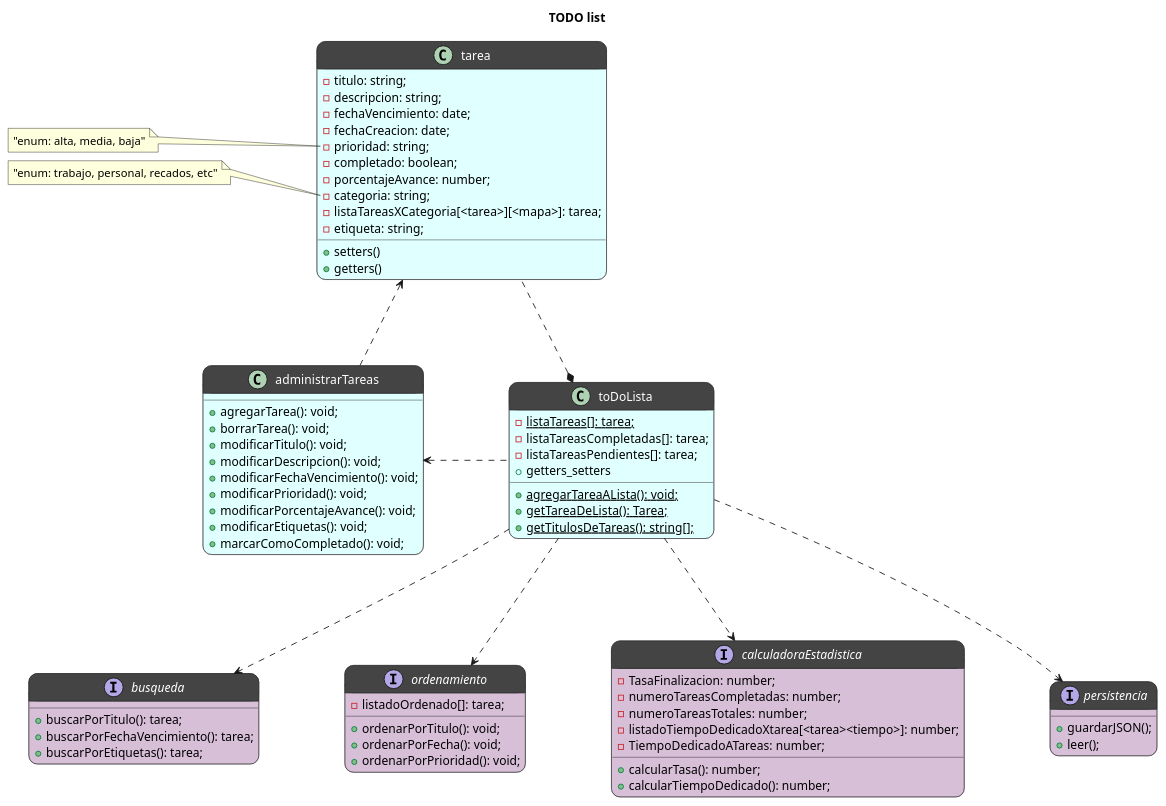
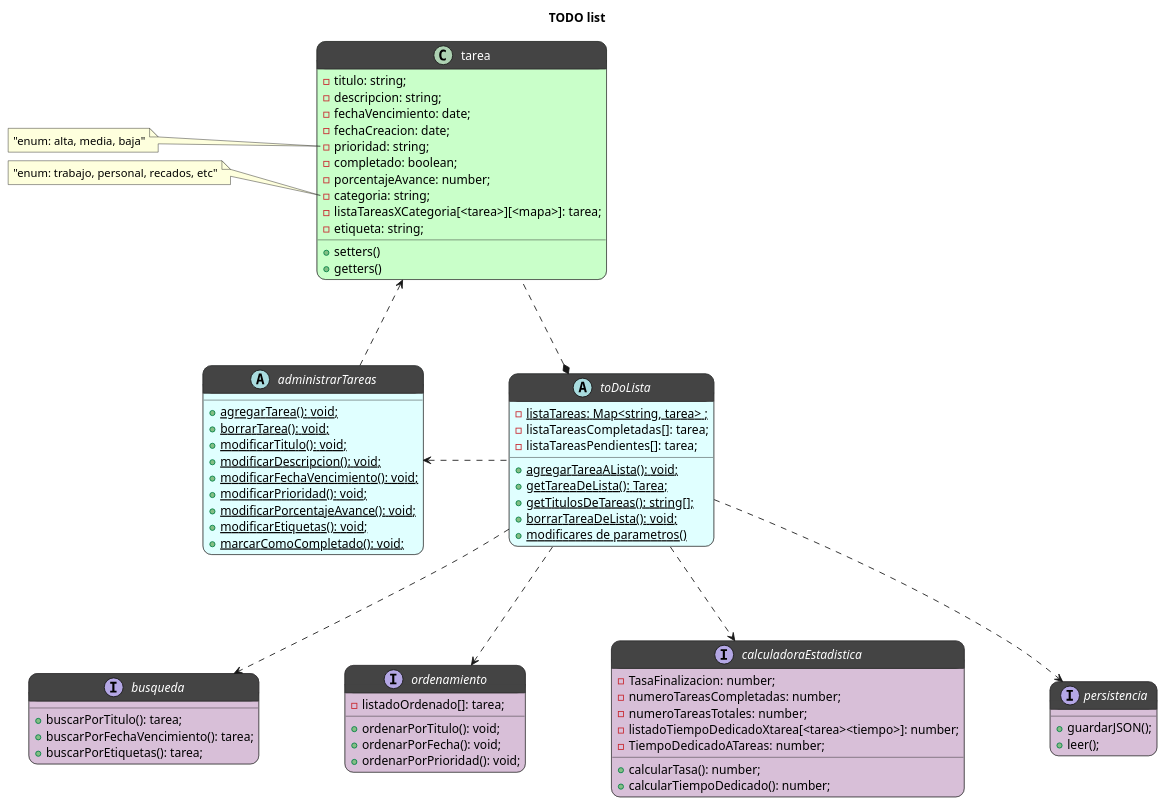
One commit to FrancoLuduena-dev/To-DO-list changed the diagram in docs/diagrama.puml. Above: the diagram before and after it, drawn with PlantUML. The commit also changed 3 other files, not shown here.

Commit message:
actualizacion de diagrama, agregado borrar tarea en administrar tareas

```diff
--- a/docs/diagrama.puml
+++ b/docs/diagrama.puml
@@ -1,111 +1,120 @@
 @startuml diagrama clases
 title TODO list
 
-class toDoLista #LightCyan;header:444{
-    - {static} listaTareas[]: tarea;
+abstract class toDoLista #LightCyan;header:444{
+    - {static} listaTareas: Map<string, tarea> ;
     - listaTareasCompletadas[]: tarea;
     - listaTareasPendientes[]: tarea;
-    + getters_setters
     + {static} agregarTareaALista(): void;
     + {static} getTareaDeLista(): Tarea;
     + {static} getTitulosDeTareas(): string[];
+    + {static} borrarTareaDeLista(): void;
+    + {static} modificares de parametros()
 }
 
 
-class tarea #LightCyan;header:444{
+class tarea #TECHNOLOGY;header:444{
     - titulo: string;
     - descripcion: string;
     - fechaVencimiento: date;
     ' lo cambie a "date" que es un tipo de objeto de javascript que funciona en typescript y deja poner fechas de una.
     - fechaCreacion: date;
     ' la agrego porque para hacer la estadistica de cuanto tiempo se tardo, la forma mas simple que se me ocurre es poner la fecha de creacion, y cuando lo pasas a completado, comparar con la fecha de finalizacion y calcular los dias transcurridos
     - prioridad: string;
     - completado: boolean;
     - porcentajeAvance: number;
     - categoria: string;
     - listaTareasXCategoria[<tarea>][<mapa>]: tarea;
     - etiqueta: string;
     + setters()
     + getters()
 }
 
-class administrarTareas #LightCyan;header:444{
-    + agregarTarea(): void;
-    + borrarTarea(): void;
+abstract class administrarTareas #LightCyan;header:444{
+    + {static} agregarTarea(): void;
+    + {static} borrarTarea(): void;
     'agrego los metodos para modificar las tareas. Estos metodos deberian usar el setter, y aparte hacer que se guarde los cambios al JSON.
-    + modificarTitulo(): void;
-    + modificarDescripcion(): void;
-    + modificarFechaVencimiento(): void;
-    + modificarPrioridad(): void;
-    + modificarPorcentajeAvance(): void;
-    + modificarEtiquetas(): void;
+    + {static} modificarTitulo(): void;
+    + {static} modificarDescripcion(): void;
+    + {static} modificarFechaVencimiento(): void;
+    + {static} modificarPrioridad(): void;
+    + {static} modificarPorcentajeAvance(): void;
+    + {static} modificarEtiquetas(): void;
     'ver una forma de unificar estos metodos de modificacion
-    + marcarComoCompletado(): void;
+    + {static} marcarComoCompletado(): void;
     'este metodo no estoy seguro si deberia existir o simplemente que cuando pongan el porcentaje de avance en 100, el atributo completado cambie a true.
 }
 
 
 interface busqueda #Thistle;header:444{
     + buscarPorTitulo(): tarea;
     + buscarPorFechaVencimiento(): tarea;
     + buscarPorEtiquetas(): tarea;
 }
 
 interface ordenamiento #Thistle;header:444{
     - listadoOrdenado[]: tarea;
     + ordenarPorTitulo(): void;
     + ordenarPorFecha(): void;
     + ordenarPorPrioridad(): void;
 }
 
 interface calculadoraEstadistica #Thistle;header:444{
     - TasaFinalizacion: number;
     - numeroTareasCompletadas: number;
     - numeroTareasTotales: number;
     'le saque que sea coleccion, es una tasa (tareasFinalizadas/tareasTotales)
     - listadoTiempoDedicadoXtarea[<tarea><tiempo>]: number;
     'esto serviria si hacemos algunas estadisticas que sean algo asi como "promedio de tiempo para resolucion de tareas", o "tiempo dedicado a X categoria / etiqueta", sino yo pondria
     - TiempoDedicadoATareas: number;
     'este simplemente sumaria el tiempo desde la creacion de la tarea hasta ahora. Tambien se puede separar en tiempo dedicado a teareas completadas y tiempo dedicado a tareas no completadas
     + calcularTasa(): number;
     + calcularTiempoDedicado(): number;
 }
 
 interface persistencia #Thistle;header:444{
     + guardarJSON();
     + leer();
     'borre guardar texto plano por que era JSON al final.
 }
 
 'relaciones
 skinparam ranksep 100
 'cambia el largo de las flechas
 skinparam nodesep 100
 'cambia la distancia entre los cuadrados
 
 toDoLista .l.> administrarTareas
 administrarTareas .l.> tarea
 toDoLista *.. tarea
 toDoLista ..> calculadoraEstadistica
 toDoLista ..> busqueda
 toDoLista ..> ordenamiento
 toDoLista ..> persistencia
 
 
 'notas
 note left of tarea::prioridad
 "enum: alta, media, baja"
 endnote
 
 note left of tarea::categoria
 "enum: trabajo, personal, recados, etc"
 endnote
 
 
 'diseño
+/'
+clase: #TECHNOLOGY
+clase: abstracta #LightCyan
+interfaz: #Thistle
+
+'/
+
+
 skinparam roundcorner 20
 'cambia las esquinas de las clases para hacerlas mas redondeadas
 skinparam classFontColor automatic
 'cambia el color de fuente de todas las clases asi se ve en blanco sobre el fondo oscuro.
 
 @enduml
```
